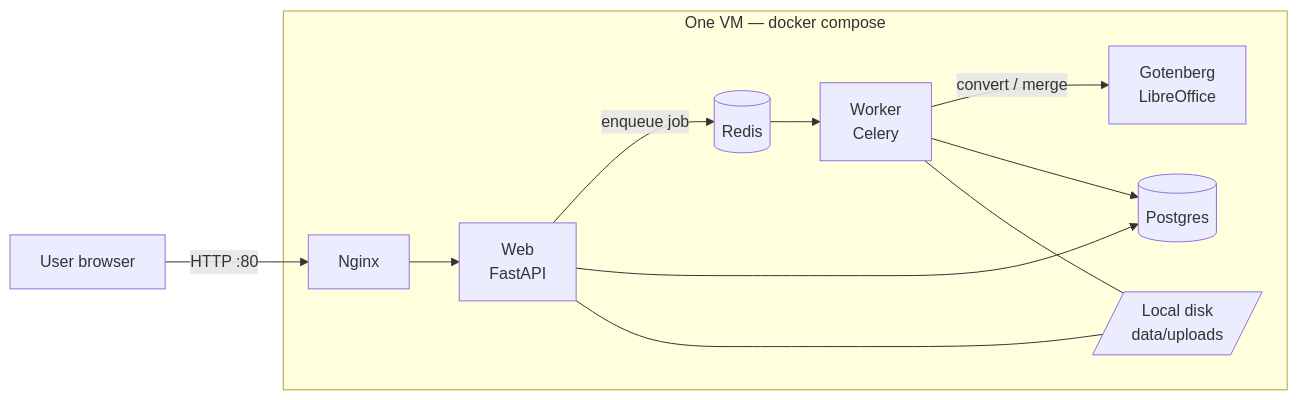
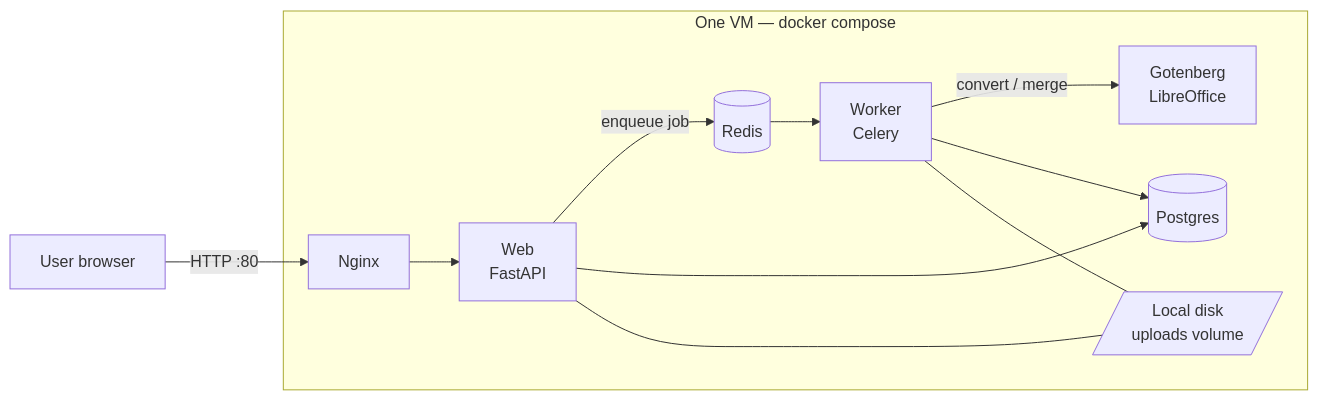
The diagram in README.md (cyberN3m3/docflow), drawn with Mermaid before and after one commit. The commit also changed other lines of this file and 5 other files, not shown here.

````diff
--- a/README.md
+++ b/README.md
@@ -11,14 +14,14 @@
 ```mermaid
 flowchart LR
     U[User browser] -->|HTTP :80| N[Nginx]
     subgraph VM["One VM — docker compose"]
         N --> W[Web<br/>FastAPI]
         W -->|enqueue job| R[(Redis)]
         R --> K[Worker<br/>Celery]
         K -->|convert / merge| G[Gotenberg<br/>LibreOffice]
         W --> P[(Postgres)]
         K --> P
-        W --- D[/Local disk<br/>data/uploads/]
+        W --- D[/Local disk<br/>uploads volume/]
         K --- D
     end
 ```
````
